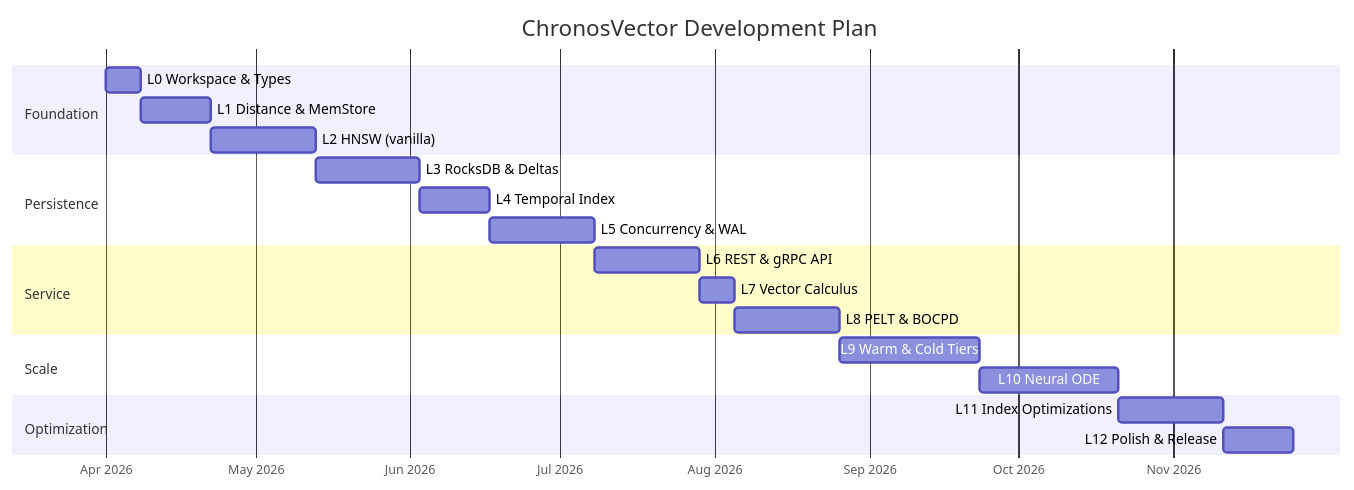
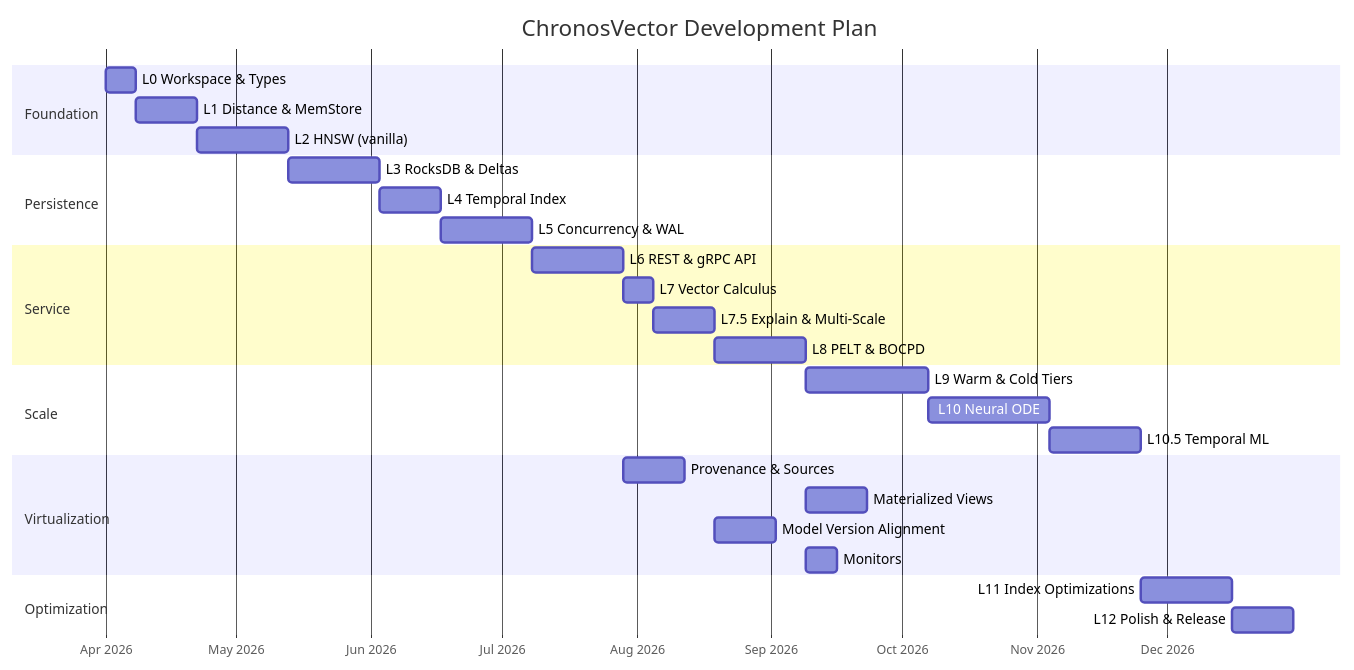
The first of 2 diagrams in design/CVX_Iterative_Roadmap.md (manucouto1/chronos-vector), drawn with Mermaid before and after one commit. The commit also changed other lines of this file and 16 other files, not shown here.

````diff
--- a/design/CVX_Iterative_Roadmap.md
+++ b/design/CVX_Iterative_Roadmap.md
@@ -537,29 +659,37 @@
 ```mermaid
 gantt
     title ChronosVector Development Plan
     dateFormat YYYY-MM-DD
     axisFormat %b %Y
 
     section Foundation
     L0 Workspace & Types       :l0, 2026-04-01, 1w
     L1 Distance & MemStore     :l1, after l0, 2w
     L2 HNSW (vanilla)          :l2, after l1, 3w
 
     section Persistence
     L3 RocksDB & Deltas        :l3, after l2, 3w
     L4 Temporal Index          :l4, after l3, 2w
     L5 Concurrency & WAL       :l5, after l4, 3w
 
     section Service
     L6 REST & gRPC API         :l6, after l5, 3w
     L7 Vector Calculus         :l7, after l6, 1w
-    L8 PELT & BOCPD            :l8, after l7, 3w
+    L7.5 Explain & Multi-Scale :l75, after l7, 2w
+    L8 PELT & BOCPD            :l8, after l75, 3w
 
     section Scale
     L9 Warm & Cold Tiers       :l9, after l8, 4w
     L10 Neural ODE             :l10, after l9, 4w
+    L10.5 Temporal ML          :l105, after l10, 3w
+
+    section Virtualization
+    Provenance & Sources       :lv1, after l6, 2w
+    Materialized Views         :lv2, after l8, 2w
+    Model Version Alignment    :lv3, after l75, 2w
+    Monitors                   :lv4, after l8, 1w
 
     section Optimization
-    L11 Index Optimizations    :l11, after l10, 3w
+    L11 Index Optimizations    :l11, after l105, 3w
     L12 Polish & Release       :l12, after l11, 2w
 ```
````
